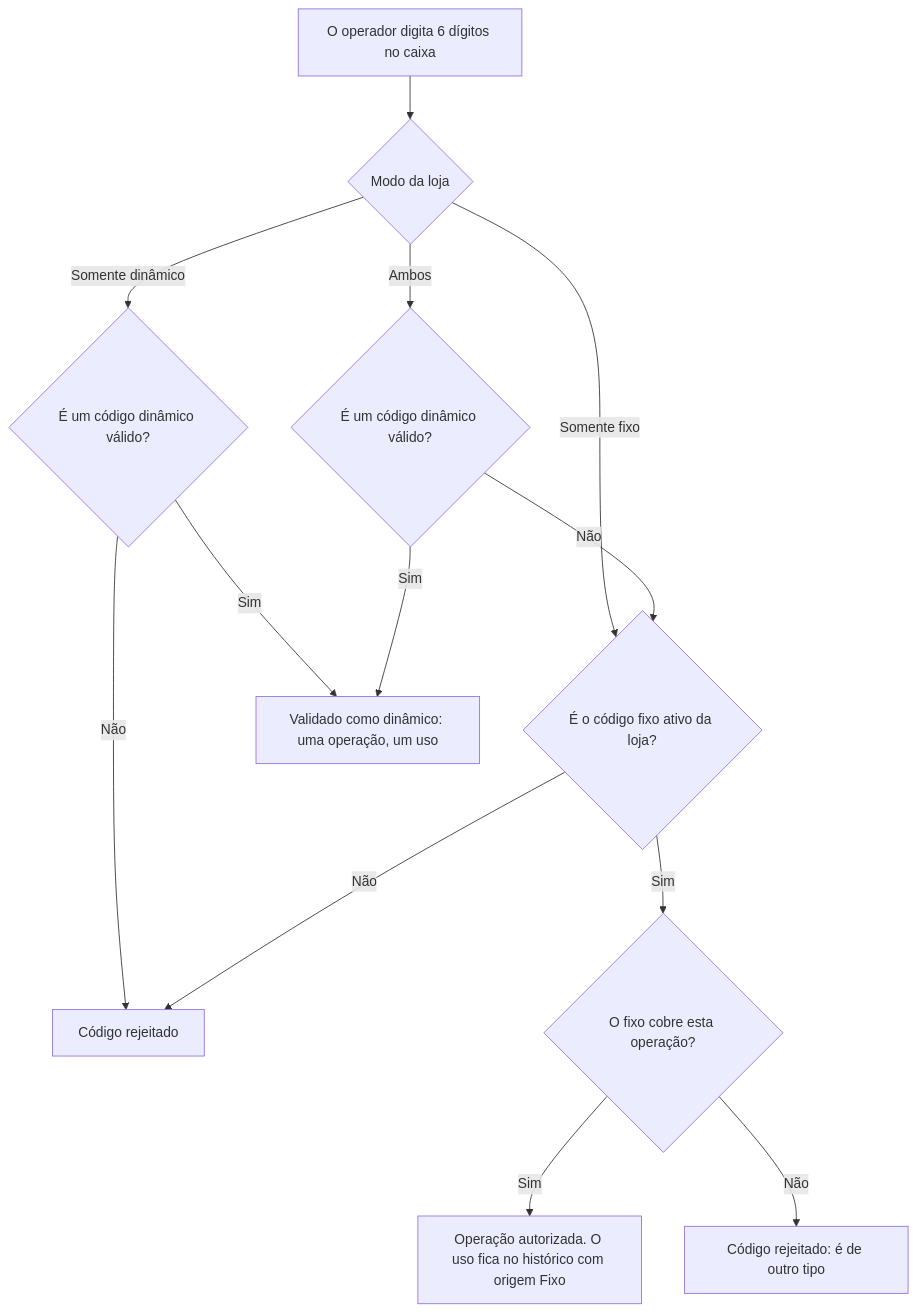
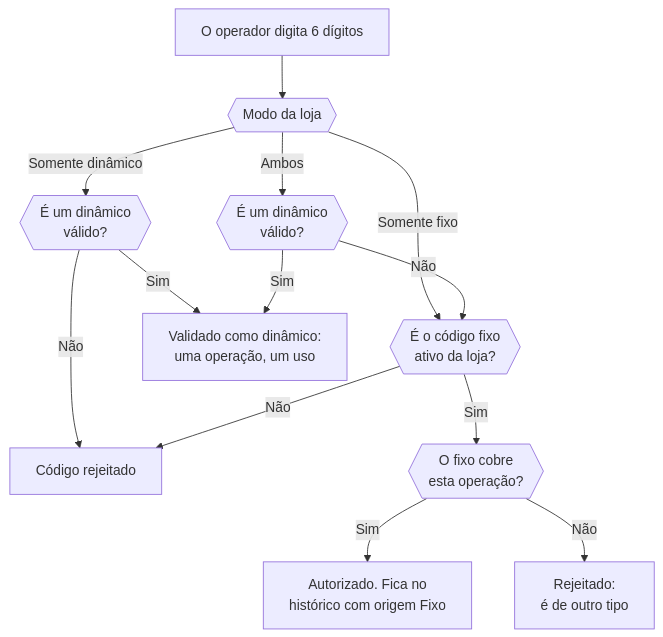
The first of 2 diagrams in pt/manuals/pos/static-authorization-code.mdx (fire-rest/documentation), drawn with Mermaid before and after one commit. The commit also changed other lines of this file and 2 other files, not shown here.

First line of the commit message:
docs(pos): diagramas del código fijo más compactos y legibles

````diff
--- a/pt/manuals/pos/static-authorization-code.mdx
+++ b/pt/manuals/pos/static-authorization-code.mdx
@@ -49,15 +49,15 @@
 ```mermaid
 flowchart TD
-    A["O operador digita 6 dígitos no caixa"] --> B{"Modo da loja"}
-    B -->|Somente dinâmico| C{"É um código dinâmico válido?"}
-    B -->|Ambos| D{"É um código dinâmico válido?"}
-    B -->|Somente fixo| E{"É o código fixo ativo da loja?"}
-    C -->|Sim| F["Validado como dinâmico: uma operação, um uso"]
+    A["O operador digita 6 dígitos"] --> B{{"Modo da loja"}}
+    B -->|Somente dinâmico| C{{"É um dinâmico<br/>válido?"}}
+    B -->|Ambos| D{{"É um dinâmico<br/>válido?"}}
+    B -->|Somente fixo| E{{"É o código fixo<br/>ativo da loja?"}}
+    C -->|Sim| F["Validado como dinâmico:<br/>uma operação, um uso"]
     C -->|Não| X["Código rejeitado"]
     D -->|Sim| F
     D -->|Não| E
     E -->|Não| X
-    E -->|Sim| G{"O fixo cobre esta operação?"}
-    G -->|Sim| H["Operação autorizada. O uso fica no histórico com origem Fixo"]
-    G -->|Não| Y["Código rejeitado: é de outro tipo"]
+    E -->|Sim| G{{"O fixo cobre<br/>esta operação?"}}
+    G -->|Sim| H["Autorizado. Fica no<br/>histórico com origem Fixo"]
+    G -->|Não| Y["Rejeitado:<br/>é de outro tipo"]
 ```
````
